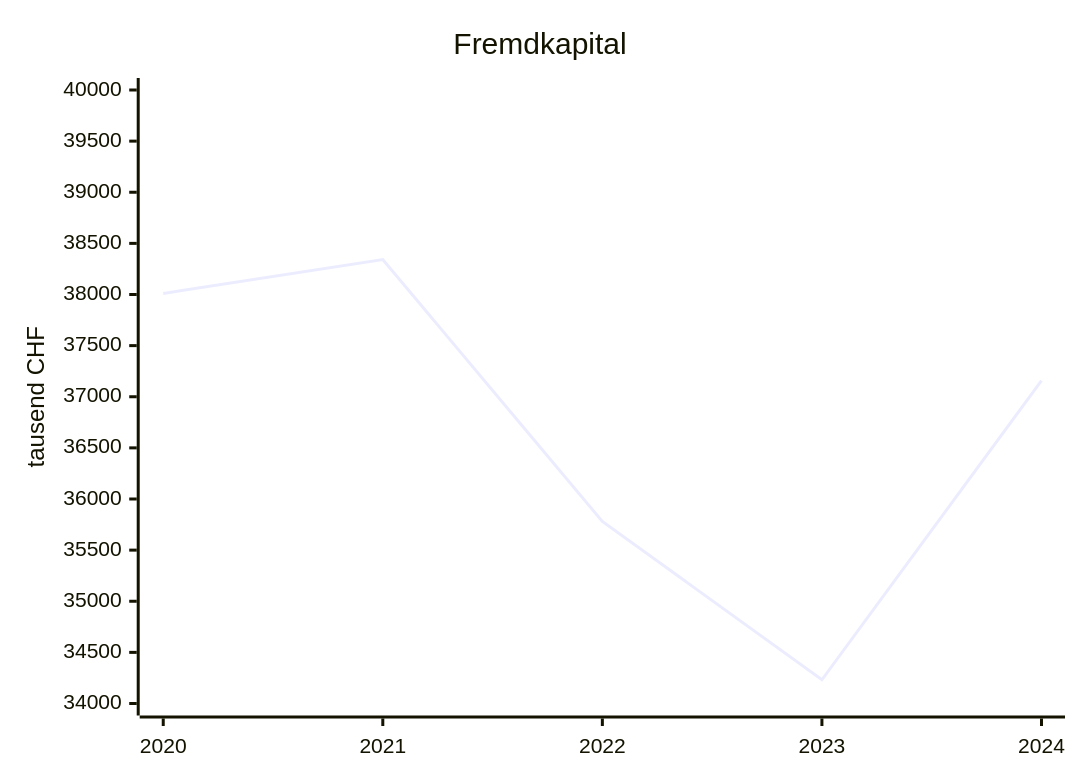
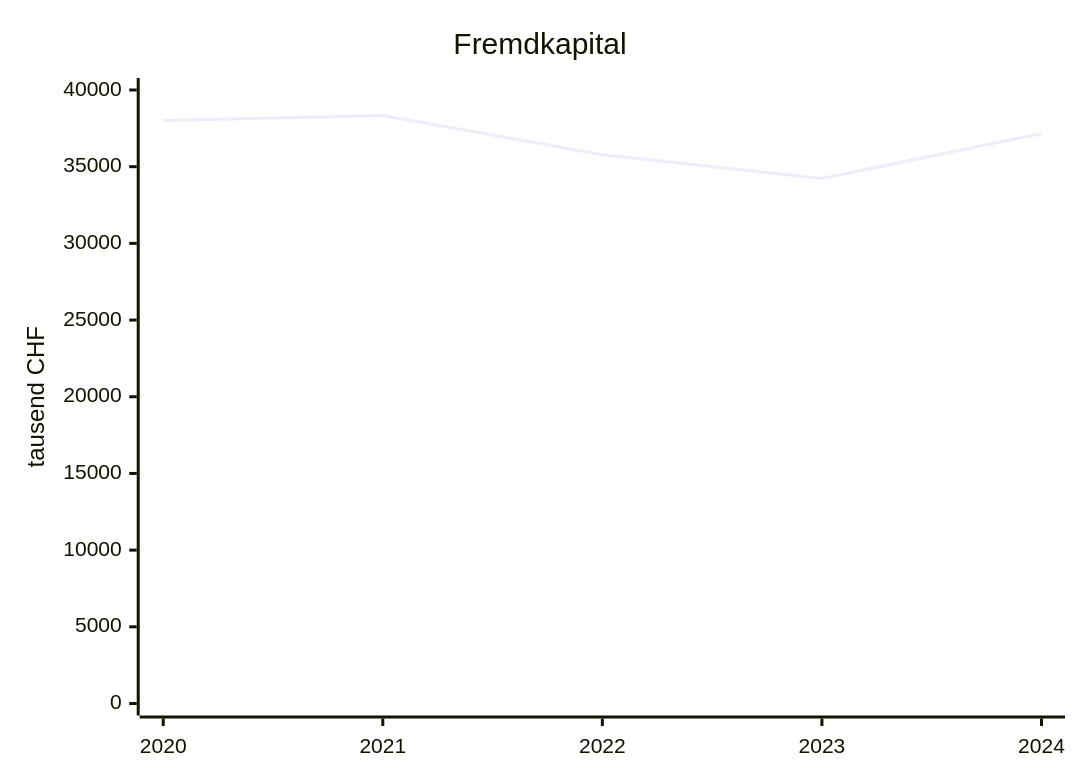
One commit to risajef/risajef.github.io changed the third of 8 diagrams in docs/politics/finanzen-beringen.md. Above: the diagram before and after it, drawn with Mermaid. The commit also changed other lines of this file and 5 other files, not shown here.

````diff
--- a/docs/politics/finanzen-beringen.md
+++ b/docs/politics/finanzen-beringen.md
@@ -54,7 +54,7 @@
 ```mermaid
 xychart
 title "Fremdkapital"
 x-axis [2020, 2021, 2022, 2023, 2024]
-y-axis "tausend CHF" 34000 --> 40000
+y-axis "tausend CHF" 0 --> 40000
 line [38010, 38342, 35781, 34232, 37158]
 ```
````
